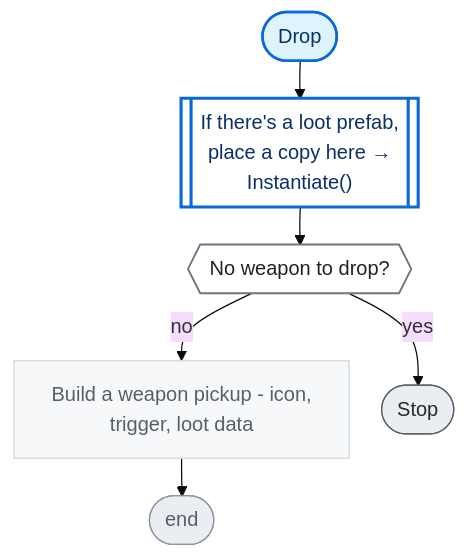
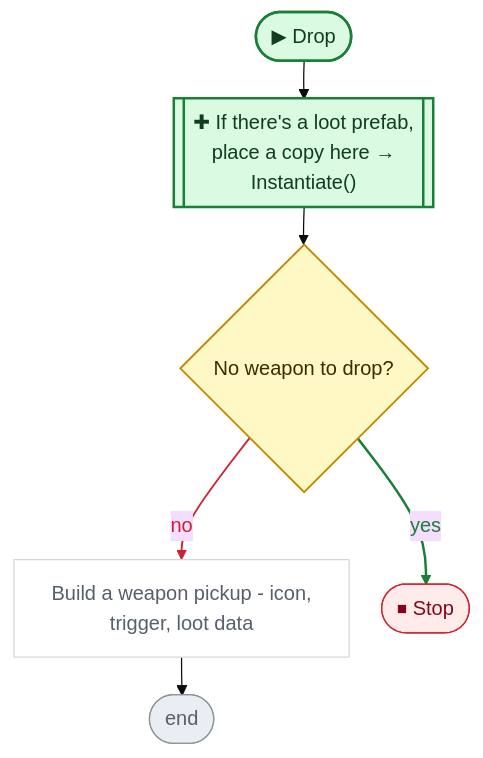
One commit to nataiai/Lord-of-the-Dungeon changed the seventh of 7 diagrams in CodeGraph~/graph/Loot.cs.md. Above: the diagram before and after it, drawn with Mermaid (base theme). The commit also changed other lines of this file and 44 other files, not shown here.

````diff
--- a/CodeGraph~/graph/Loot.cs.md
+++ b/CodeGraph~/graph/Loot.cs.md
@@ -341,37 +370,43 @@
 ```mermaid
 ---
 config:
   flowchart:
     wrappingWidth: 260
     nodeSpacing: 26
     rankSpacing: 30
 ---
 flowchart TD
-  nS(["Drop"])
-  nb75b52[["If there's a loot prefab,<br>place a copy here →<br>Instantiate()"]]
-  nc05090{{"No weapon to drop?"}}
+  nS(["▶ Drop"])
+  nb75b52[["✚ If there's a loot prefab,<br>place a copy here →<br>Instantiate()"]]
+  nc05090{"No weapon to drop?"}
   n86d921["Build a weapon pickup - icon,<br>trigger, loot data"]
   nE(["end"])
-  nb2e4fc(["Stop"])
+  nb2e4fc(["⏹ Stop"])
   nS --> nb75b52
   nb75b52 --> nc05090
   nc05090 -->|no| n86d921
   nc05090 -->|yes| nb2e4fc
   n86d921 --> nE
-  classDef unity fill:#fff1c2,stroke:#9a6700,stroke-width:2px,color:#3b2300
-  classDef start fill:#ddf4ff,stroke:#0969da,stroke-width:2px,color:#0a3069
-  classDef calc fill:#f6f8fa,stroke:#d0d7de,color:#57606a
-  classDef calls fill:#ffffff,stroke:#0969da,stroke-width:2.5px,color:#0a3069
-  classDef cond fill:#ffffff,stroke:#6e7781,stroke-width:1.5px,color:#1f2328
-  classDef loop fill:#fbefff,stroke:#8250df,color:#3e1f79
-  classDef exit fill:#eaeef2,stroke:#57606a,color:#24292f
-  classDef wait fill:#fff8f0,stroke:#bc4c00,color:#4d1d00
+  linkStyle 2 stroke:#cf222e,stroke-width:1.5px,color:#cf222e
+  linkStyle 3 stroke:#1a7f37,stroke-width:2px,color:#1a7f37
+  classDef unity fill:#dafbe1,stroke:#1a7f37,stroke-width:2px,color:#0f3d1d
+  classDef start fill:#dafbe1,stroke:#1a7f37,stroke-width:2px,color:#0f3d1d
+  classDef calc fill:#ffffff,stroke:#d0d7de,color:#57606a
+  classDef calls fill:#ddf4ff,stroke:#0969da,stroke-width:2px,color:#0a3069
+  classDef ext fill:#ddf4ff,stroke:#0969da,stroke-width:2px,stroke-dasharray:5 3,color:#0a3069
+  classDef cond fill:#fff8c5,stroke:#bf8700,stroke-width:1.5px,color:#3d2a00
+  classDef loop fill:#f6f8fa,stroke:#57606a,color:#1f2328
+  classDef exit fill:#ffebe9,stroke:#cf222e,color:#82071e
+  classDef kill fill:#ffebe9,stroke:#cf222e,stroke-width:2px,color:#82071e
+  classDef spawn fill:#dafbe1,stroke:#1a7f37,stroke-width:2px,color:#0f3d1d
+  classDef wait fill:#fff1e5,stroke:#bc4c00,color:#4d1d00
   classDef fin fill:#eaeef2,stroke:#8c959f,color:#57606a
   classDef join fill:#d0d7de,stroke:#8c959f,color:#57606a
+  classDef ghdr fill:#f5f9ff,stroke:#f5f9ff,color:#0a3069,font-weight:bold
   class n86d921 calc
-  class nb75b52 calls
   class nc05090 cond
   class nb2e4fc exit
   class nE fin
+  class nb75b52 spawn
   class nS start
 ```
````
